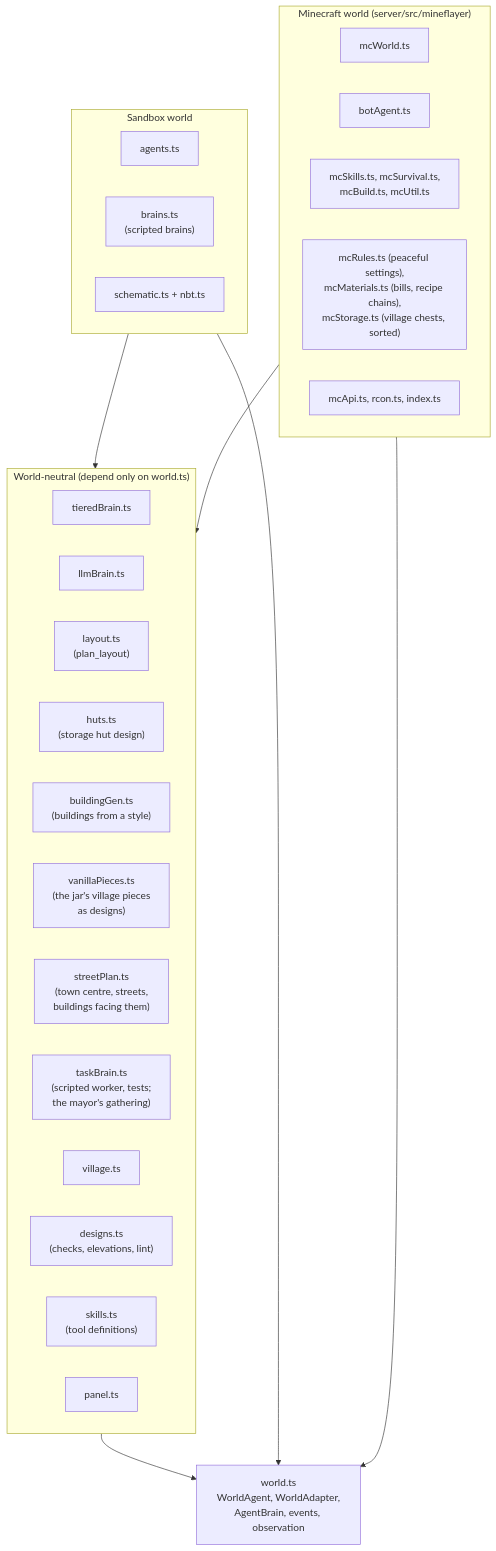
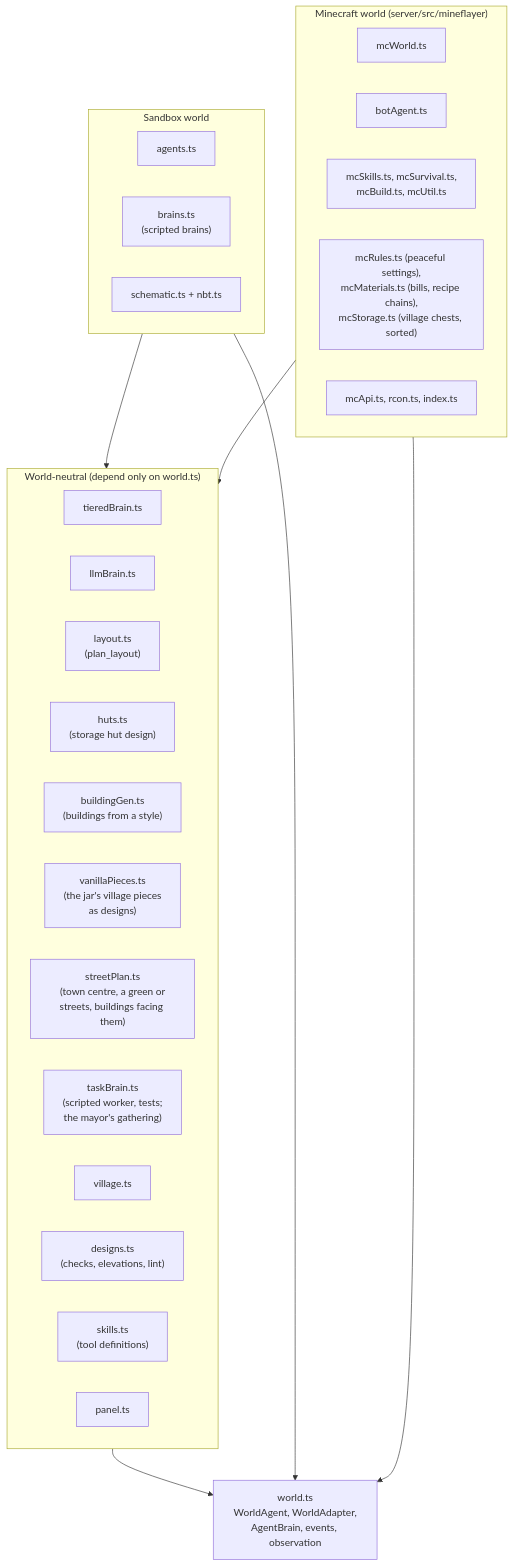
The third of 16 diagrams in docs/ARCHITECTURE.md (delphium226/MCAISandbox), drawn with Mermaid before and after one commit. The commit also changed other lines of this file and 3 other files, not shown here.

````diff
--- a/docs/ARCHITECTURE.md
+++ b/docs/ARCHITECTURE.md
@@ -144,35 +144,35 @@
 ```mermaid
 flowchart TB
   subgraph neutral["World-neutral (depend only on world.ts)"]
     tiered["tieredBrain.ts"]
     llm["llmBrain.ts"]
     layoutts["layout.ts<br/>(plan_layout)"]
     huts["huts.ts<br/>(storage hut design)"]
     gen["buildingGen.ts<br/>(buildings from a style)"]
     vanilla["vanillaPieces.ts<br/>(the jar's village pieces<br/>as designs)"]
-    street["streetPlan.ts<br/>(town centre, streets,<br/>buildings facing them)"]
+    street["streetPlan.ts<br/>(town centre, a green or<br/>streets, buildings facing them)"]
     taskb["taskBrain.ts<br/>(scripted worker, tests;<br/>the mayor's gathering)"]
     village["village.ts"]
     designs["designs.ts<br/>(checks, elevations, lint)"]
     skills["skills.ts<br/>(tool definitions)"]
     panelts["panel.ts"]
   end
   world["world.ts<br/>WorldAgent, WorldAdapter,<br/>AgentBrain, events, observation"]
   subgraph sandbox["Sandbox world"]
     agents["agents.ts"]
     brains["brains.ts<br/>(scripted brains)"]
     schematic["schematic.ts + nbt.ts"]
   end
   subgraph minecraft["Minecraft world (server/src/mineflayer)"]
     mcworld["mcWorld.ts"]
     bot["botAgent.ts"]
     mcskills["mcSkills.ts, mcSurvival.ts,<br/>mcBuild.ts, mcUtil.ts"]
     mcecon["mcRules.ts (peaceful settings),<br/>mcMaterials.ts (bills, recipe chains),<br/>mcStorage.ts (village chests, sorted)"]
     mcapi["mcApi.ts, rcon.ts, index.ts"]
   end
   neutral --> world
   sandbox --> world
   minecraft --> world
   sandbox --> neutral
   minecraft --> neutral
 ```
````
